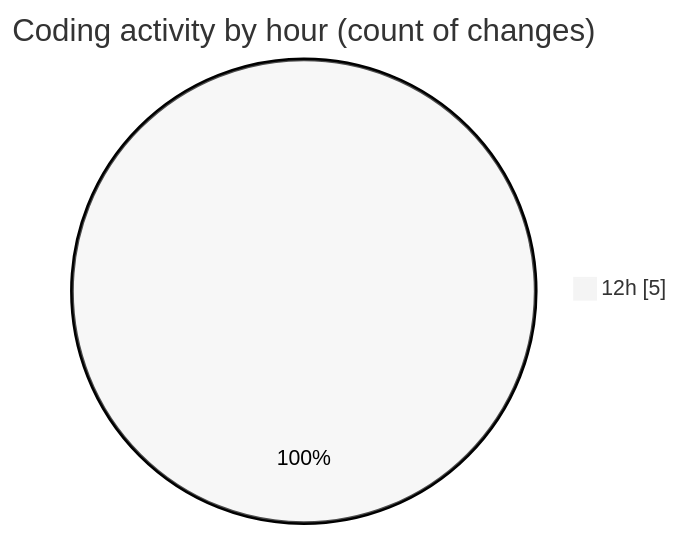
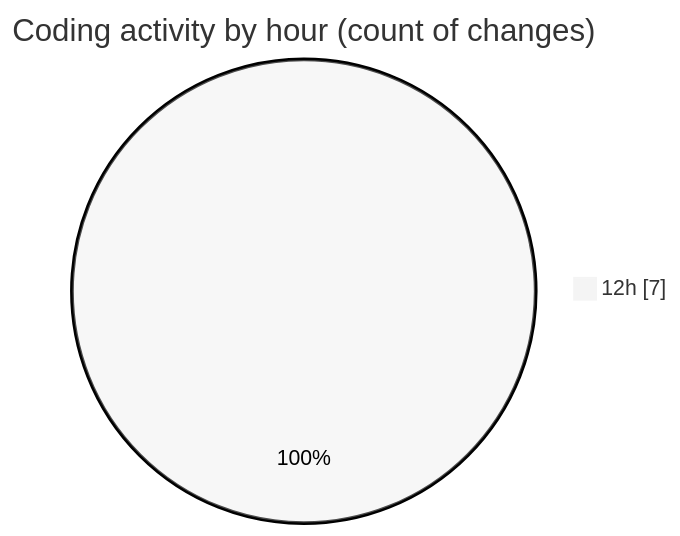
Before and after one commit to BS-eng2023/code-tracking: the second of 2 diagrams in 2025-03-27/vms-backend/README.md, drawn with Mermaid (neutral theme). The commit also changed other lines of this file and 1 other file, not shown here.

````diff
--- a/2025-03-27/vms-backend/README.md
+++ b/2025-03-27/vms-backend/README.md
@@ -31,5 +32,5 @@
 ```mermaid
 pie showData
 title Coding activity by hour (count of changes)
-"12h" : 5
+"12h" : 7
 ```
````
